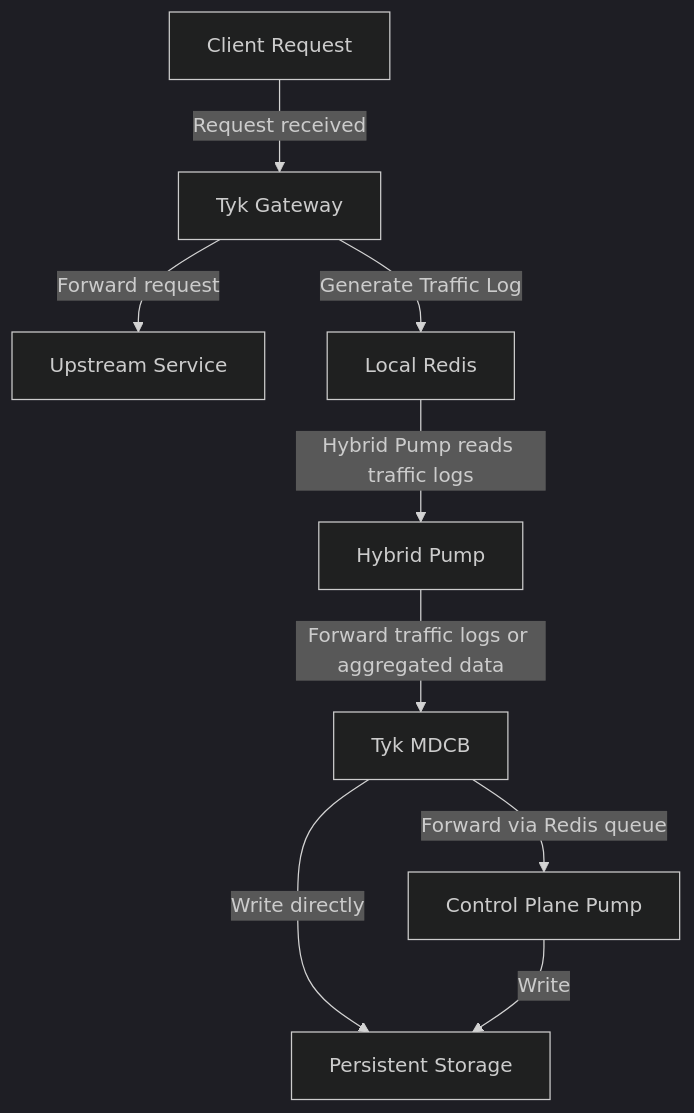
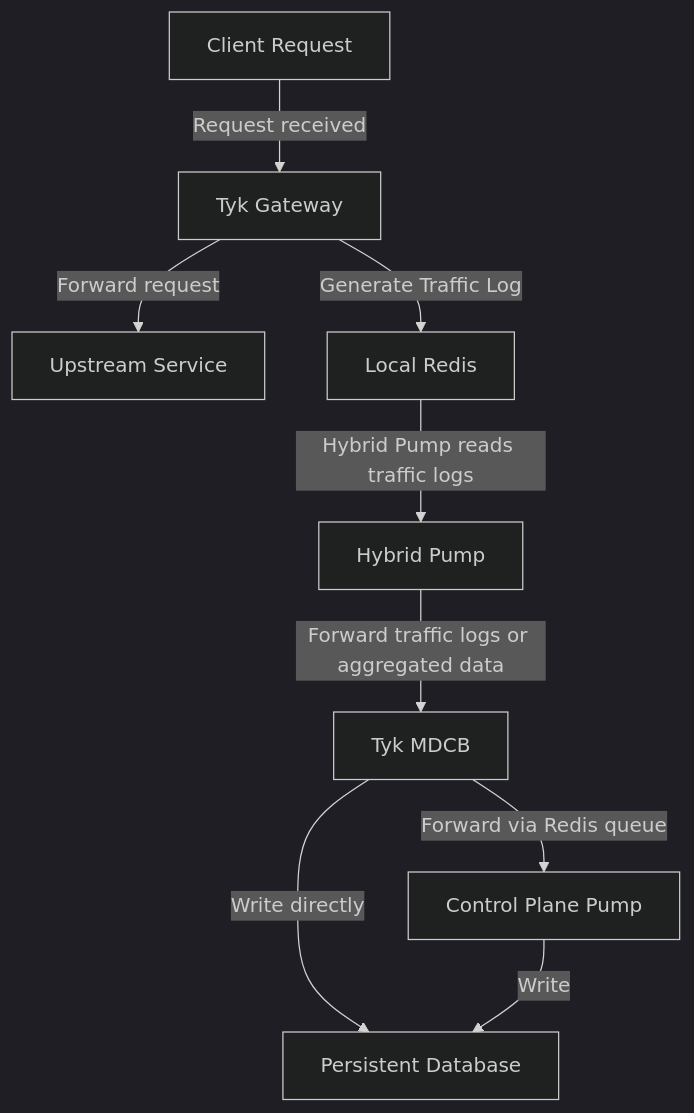
Before and after one commit to TykTechnologies/tyk-docs: the second of 2 diagrams in api-management/dashboard-analytics.mdx, drawn with Mermaid (dark theme). The commit also changed other lines of this file and 36 other files, not shown here.

````diff
--- a/api-management/dashboard-analytics.mdx
+++ b/api-management/dashboard-analytics.mdx
@@ -135,11 +135,11 @@
 ```mermaid
 graph TD
     A[Client Request] -->|Request received| B[Tyk Gateway]
     B -->|Forward request| U[Upstream Service]
     B -->|Generate Traffic Log| C[Local Redis]
     C -->|Hybrid Pump reads traffic logs| D[Hybrid Pump]
     D -->|Forward traffic logs or aggregated data| M[Tyk MDCB]
-    M -->|Write directly| E[Persistent Storage]
+    M -->|Write directly| E[Persistent Database]
     M -->|Forward via Redis queue| F[Control Plane Pump]
     F -->|Write| E
 ```
````
